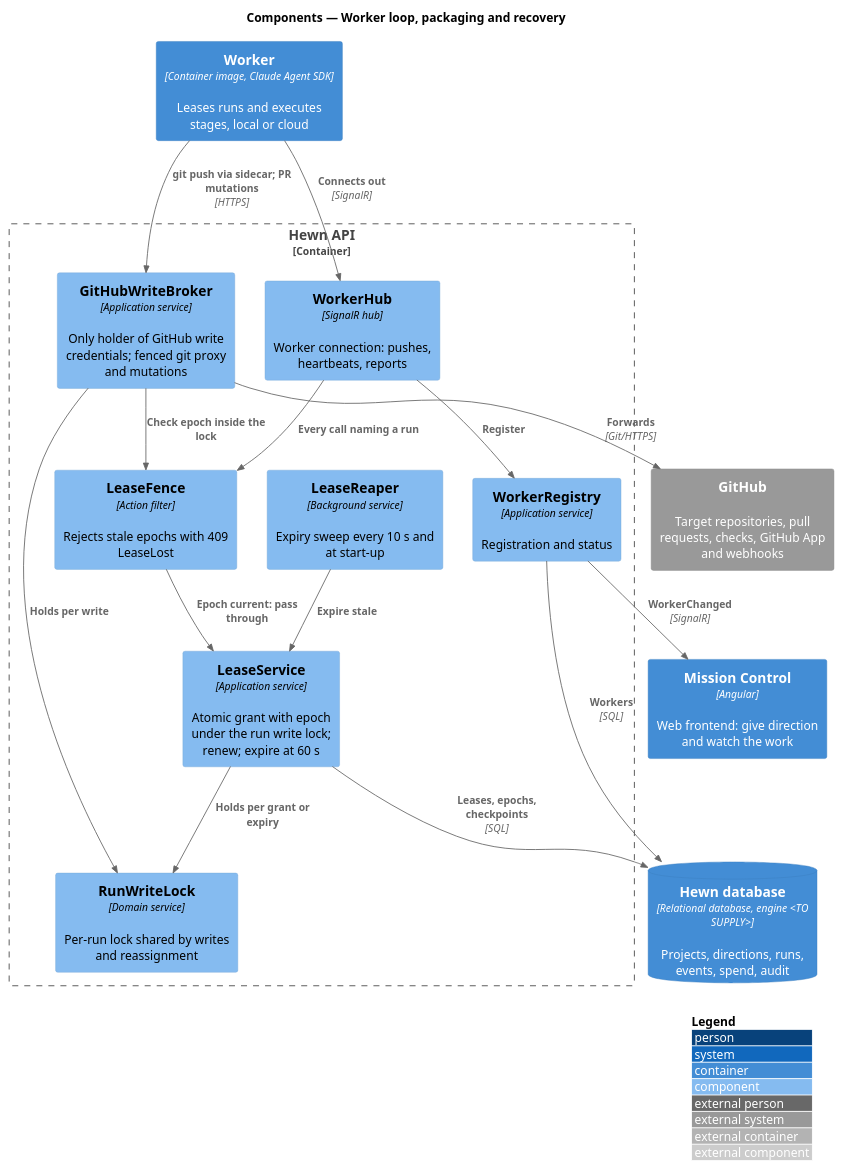
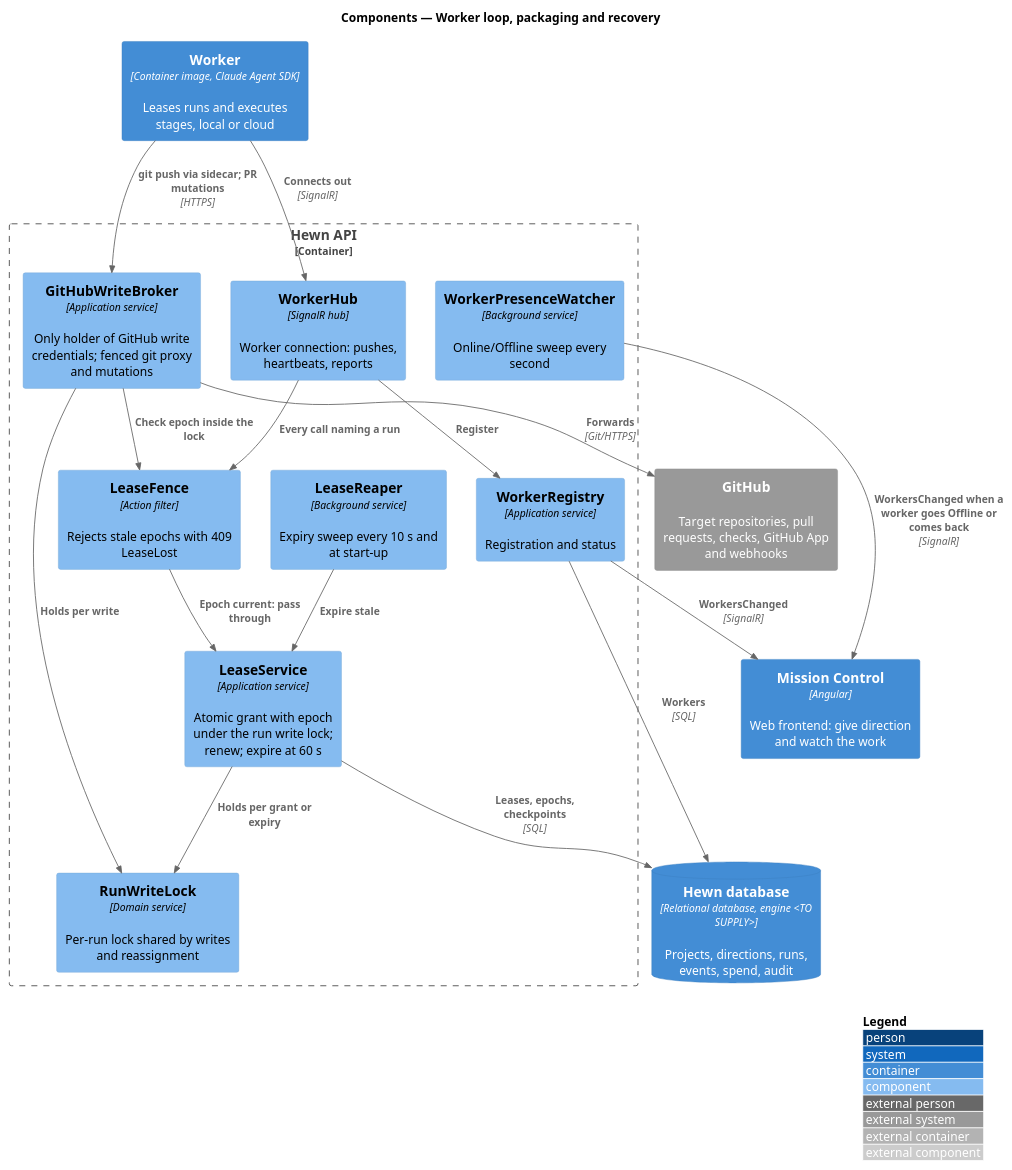
One commit to QuinntyneBrown/hewn changed the diagram in docs/detailed-designs/agent-runtime/worker-loop/diagrams/c4-component.puml. Above: the diagram before and after it, drawn with PlantUML. The commit also changed 39 other files, not shown here.

```diff
--- a/docs/detailed-designs/agent-runtime/worker-loop/diagrams/c4-component.puml
+++ b/docs/detailed-designs/agent-runtime/worker-loop/diagrams/c4-component.puml
@@ -1,33 +1,35 @@
 @startuml
 !include <C4/C4_Component>
 LAYOUT_WITH_LEGEND()
 title Components — Worker loop, packaging and recovery
 
 Container(worker, "Worker", "Container image, Claude Agent SDK", "Leases runs and executes stages, local or cloud")
 ContainerDb(db, "Hewn database", "Relational database, engine <TO SUPPLY>", "Projects, directions, runs, events, spend, audit")
 Container(spa, "Mission Control", "Angular", "Web frontend: give direction and watch the work")
 Container_Boundary(api_b, "Hewn API") {
   Component(reg, "WorkerRegistry", "Application service", "Registration and status")
   Component(lease, "LeaseService", "Application service", "Atomic grant with epoch under the run write lock; renew; expire at 60 s")
   Component(fence, "LeaseFence", "Action filter", "Rejects stale epochs with 409 LeaseLost")
   Component(lock, "RunWriteLock", "Domain service", "Per-run lock shared by writes and reassignment")
   Component(broker, "GitHubWriteBroker", "Application service", "Only holder of GitHub write credentials; fenced git proxy and mutations")
   Component(reaper, "LeaseReaper", "Background service", "Expiry sweep every 10 s and at start-up")
+  Component(presence, "WorkerPresenceWatcher", "Background service", "Online/Offline sweep every second")
   Component(hub, "WorkerHub", "SignalR hub", "Worker connection: pushes, heartbeats, reports")
 }
 System_Ext(github, "GitHub", "Target repositories, pull requests, checks, GitHub App and webhooks")
 
 Rel(worker, hub, "Connects out", "SignalR")
 Rel(worker, broker, "git push via sidecar; PR mutations", "HTTPS")
 Rel(hub, reg, "Register")
 Rel(hub, fence, "Every call naming a run")
 Rel(broker, fence, "Check epoch inside the lock")
 Rel(broker, lock, "Holds per write")
 Rel(lease, lock, "Holds per grant or expiry")
 Rel(broker, github, "Forwards", "Git/HTTPS")
 Rel(fence, lease, "Epoch current: pass through")
 Rel(reaper, lease, "Expire stale")
 Rel(lease, db, "Leases, epochs, checkpoints", "SQL")
 Rel(reg, db, "Workers", "SQL")
-Rel(reg, spa, "WorkerChanged", "SignalR")
+Rel(reg, spa, "WorkersChanged", "SignalR")
+Rel(presence, spa, "WorkersChanged when a worker goes Offline or comes back", "SignalR")
 @enduml
```
